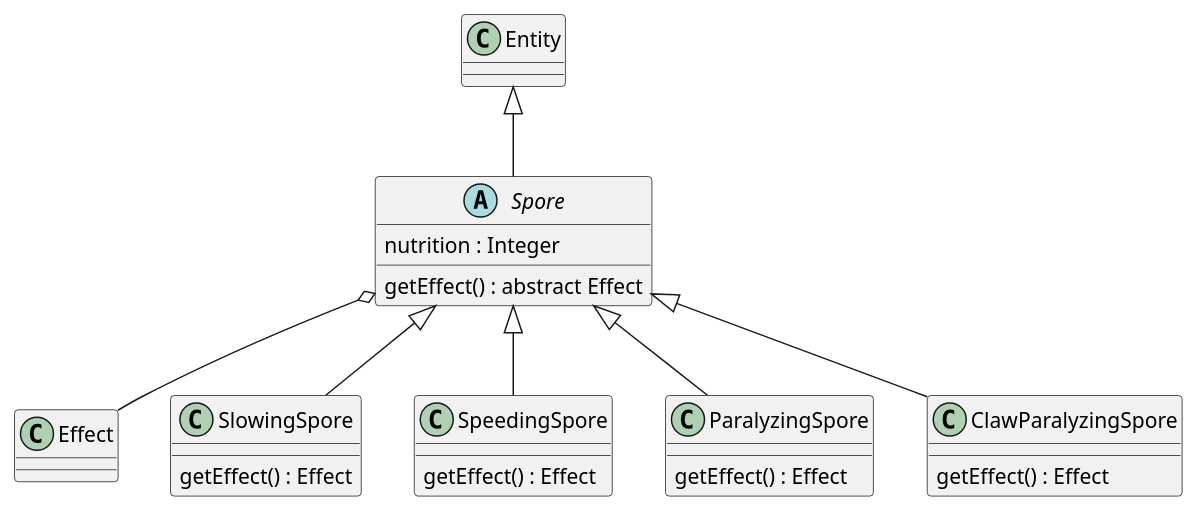
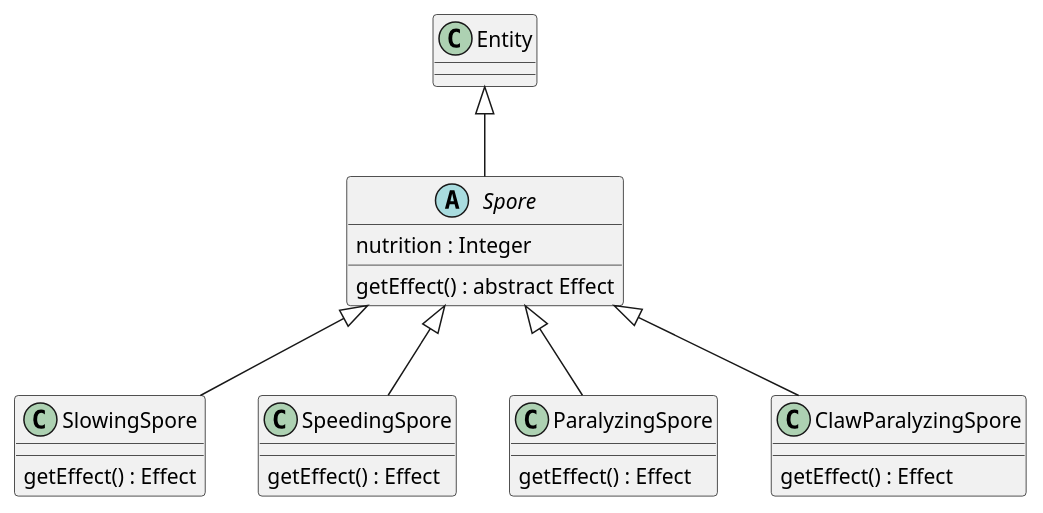
Before and after one commit to Petya-G/fungorium: the diagram in 3/classes/spore.puml, drawn with PlantUML.

Commit message:
deletec Effect Spore aggregation

```diff
--- a/3/classes/spore.puml
+++ b/3/classes/spore.puml
@@ -1,31 +1,30 @@
 @startuml spore
 
 Entity <|-- Spore
-Spore o-- Effect
 
 abstract class Spore{
     nutrition : Integer
 
     getEffect() : abstract Effect
 }
 
 Spore <|--SlowingSpore
 class SlowingSpore{
     getEffect() : Effect
 }
 
 Spore <|--SpeedingSpore
 class SpeedingSpore{
     getEffect() : Effect
 }
 
 Spore <|--ParalyzingSpore
 class ParalyzingSpore{
     getEffect() : Effect
 }
 
 Spore <|--ClawParalyzingSpore
 class ClawParalyzingSpore{
     getEffect() : Effect
 }
 @enduml	
```
